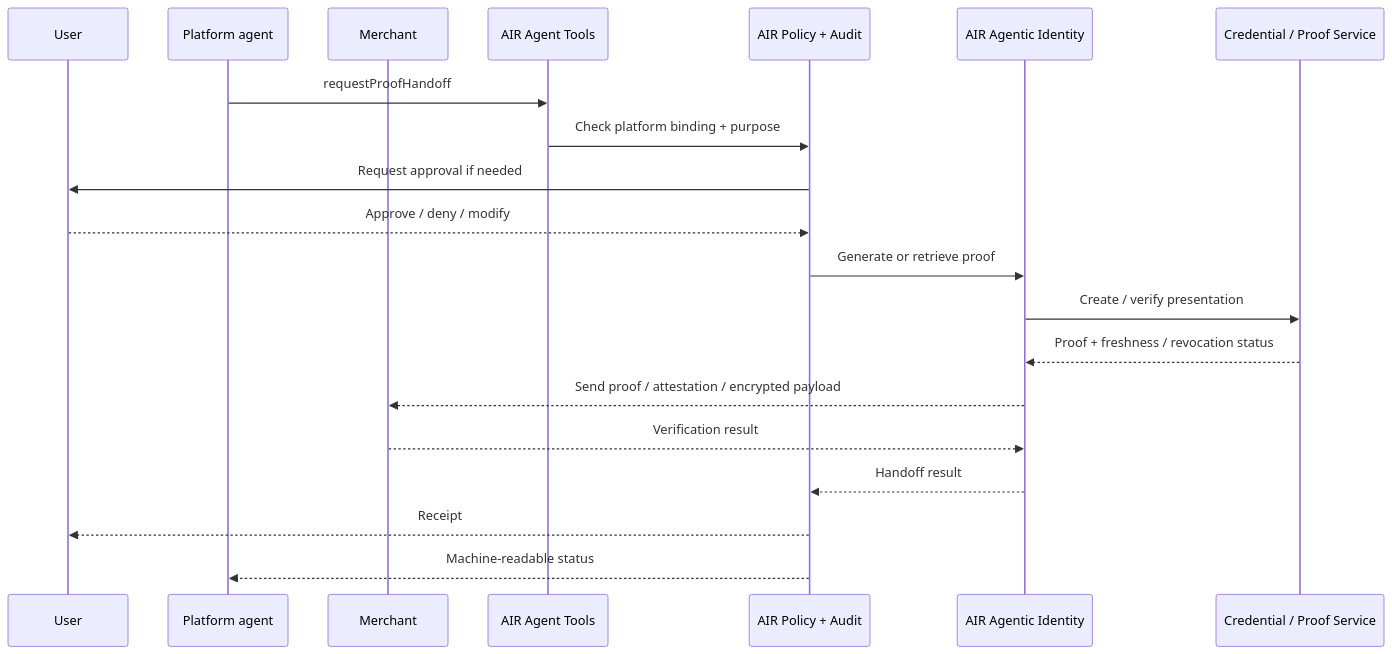
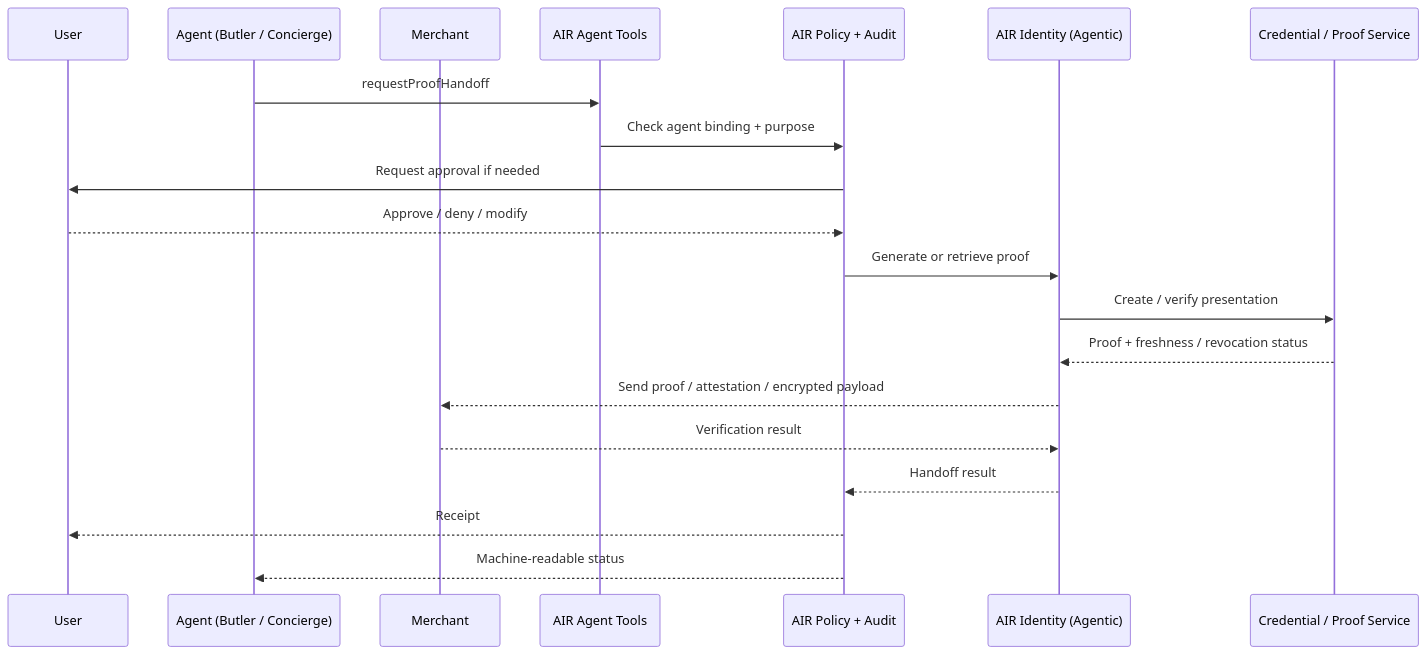
The third of 4 diagrams in airai/concepts/canonical-flows.mdx (MocaNetwork/docs), drawn with Mermaid before and after one commit. The commit also changed other lines of this file and 24 other files, not shown here.

````diff
--- a/airai/concepts/canonical-flows.mdx
+++ b/airai/concepts/canonical-flows.mdx
@@ -123,23 +127,23 @@
 ```mermaid
 sequenceDiagram
   participant User
-  participant Platform as Platform agent
+  participant Agent as Agent (Butler / Concierge)
   participant Merchant
   participant Tools as AIR Agent Tools
   participant Policy as AIR Policy + Audit
-  participant Identity as AIR Agentic Identity
+  participant Identity as AIR Identity (Agentic)
   participant Proof as Credential / Proof Service
 
-  Platform->>Tools: requestProofHandoff
-  Tools->>Policy: Check platform binding + purpose
+  Agent->>Tools: requestProofHandoff
+  Tools->>Policy: Check agent binding + purpose
   Policy->>User: Request approval if needed
   User-->>Policy: Approve / deny / modify
   Policy->>Identity: Generate or retrieve proof
   Identity->>Proof: Create / verify presentation
   Proof-->>Identity: Proof + freshness / revocation status
   Identity-->>Merchant: Send proof / attestation / encrypted payload
   Merchant-->>Identity: Verification result
   Identity-->>Policy: Handoff result
   Policy-->>User: Receipt
-  Policy-->>Platform: Machine-readable status
+  Policy-->>Agent: Machine-readable status
 ```
````
